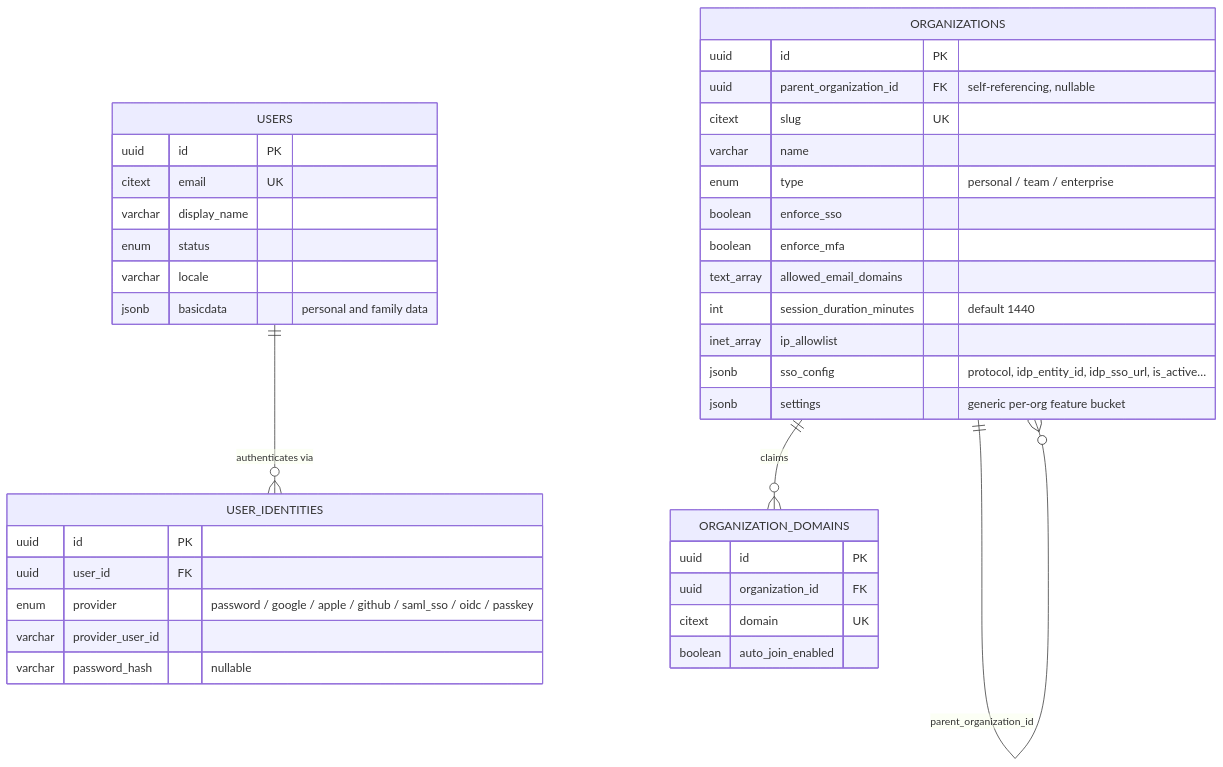
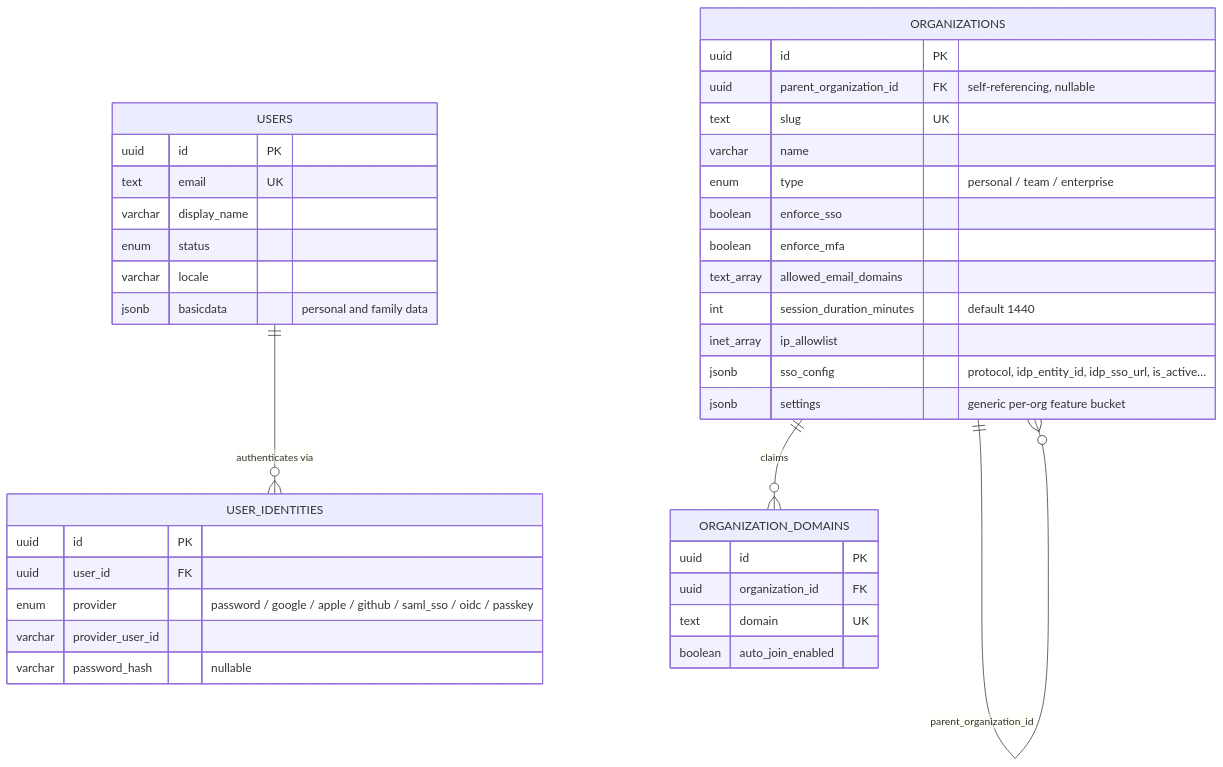
Before and after one commit to fporoli/worktime3: the first of 13 diagrams in docs/DATABASE_SCHEMA.md, drawn with Mermaid. The commit also changed other lines of this file and 7 other files, not shown here.

First line of the commit message:
Refactor database schema to replace citext with text type for email and slug fields

````diff
--- a/docs/DATABASE_SCHEMA.md
+++ b/docs/DATABASE_SCHEMA.md
@@ -22,42 +22,42 @@
 ```mermaid
 erDiagram
     USERS ||--o{ USER_IDENTITIES : "authenticates via"
     ORGANIZATIONS ||--o{ ORGANIZATION_DOMAINS : "claims"
     ORGANIZATIONS ||--o{ ORGANIZATIONS : "parent_organization_id"
 
     USERS {
         uuid id PK
-        citext email UK
+        text email UK
         varchar display_name
         enum status
         varchar locale
         jsonb basicdata "personal and family data"
     }
     USER_IDENTITIES {
         uuid id PK
         uuid user_id FK
         enum provider "password / google / apple / github / saml_sso / oidc / passkey"
         varchar provider_user_id
         varchar password_hash "nullable"
     }
     ORGANIZATIONS {
         uuid id PK
         uuid parent_organization_id FK "self-referencing, nullable"
-        citext slug UK
+        text slug UK
         varchar name
         enum type "personal / team / enterprise"
         boolean enforce_sso
         boolean enforce_mfa
         text_array allowed_email_domains
         int session_duration_minutes "default 1440"
         inet_array ip_allowlist
         jsonb sso_config "protocol, idp_entity_id, idp_sso_url, is_active…"
         jsonb settings "generic per-org feature bucket"
     }
     ORGANIZATION_DOMAINS {
         uuid id PK
         uuid organization_id FK
-        citext domain UK
+        text domain UK
         boolean auto_join_enabled
     }
 ```
````
